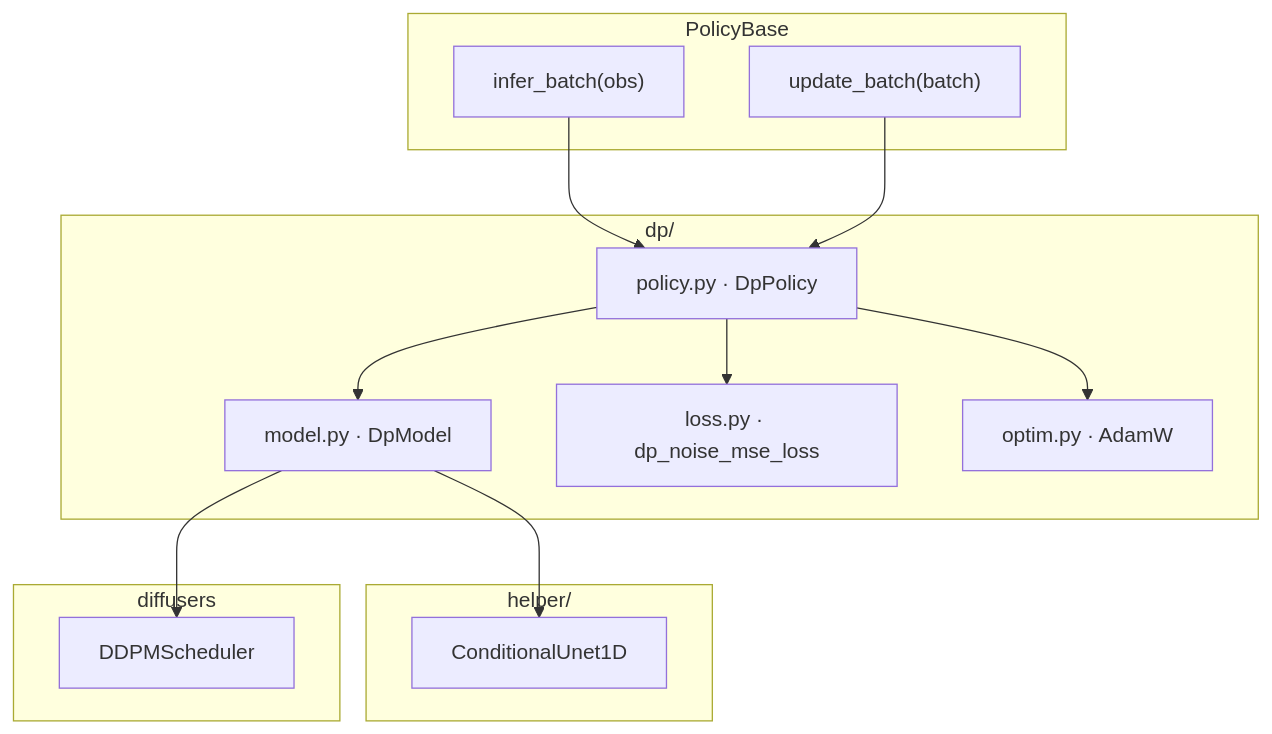
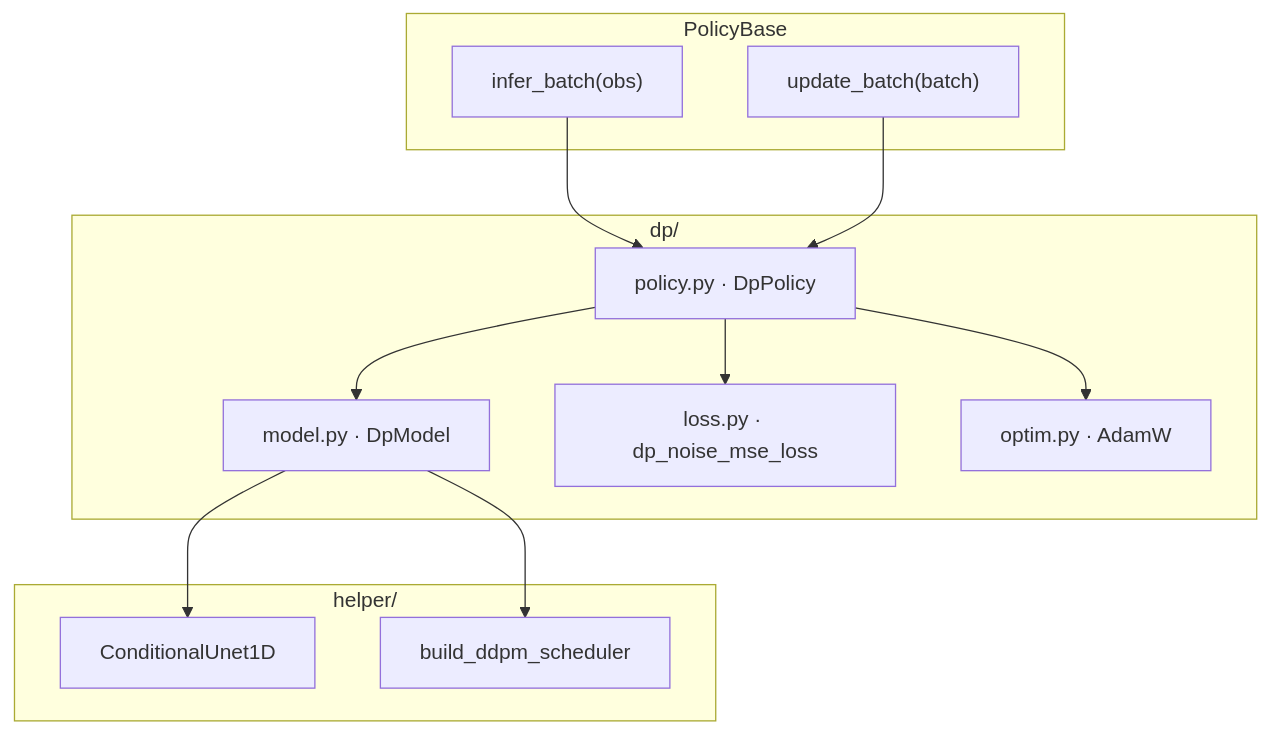
The first of 3 diagrams in bench_policy/utils/policy/dp/ARCHITECTURE.md (IBNBlank/maze_playground), drawn with Mermaid before and after one commit. The commit also changed other lines of this file and 11 other files, not shown here.

````diff
--- a/bench_policy/utils/policy/dp/ARCHITECTURE.md
+++ b/bench_policy/utils/policy/dp/ARCHITECTURE.md
@@ -7,30 +7,27 @@
 ```mermaid
 flowchart TB
   subgraph iface["PolicyBase"]
     IB["infer_batch(obs)"]
     UB["update_batch(batch)"]
   end
 
   subgraph dp_pkg["dp/"]
     Pol["policy.py · DpPolicy"]
     Mod["model.py · DpModel"]
     Loss["loss.py · dp_noise_mse_loss"]
     Opt["optim.py · AdamW"]
   end
 
   subgraph helper["helper/"]
     UNet["ConditionalUnet1D"]
-  end
-
-  subgraph ext["diffusers"]
-    Sched["DDPMScheduler"]
+    Sched["build_ddpm_scheduler"]
   end
 
   IB --> Pol
   UB --> Pol
   Pol --> Mod
   Pol --> Loss
   Pol --> Opt
   Mod --> UNet
   Mod --> Sched
 ```
````
